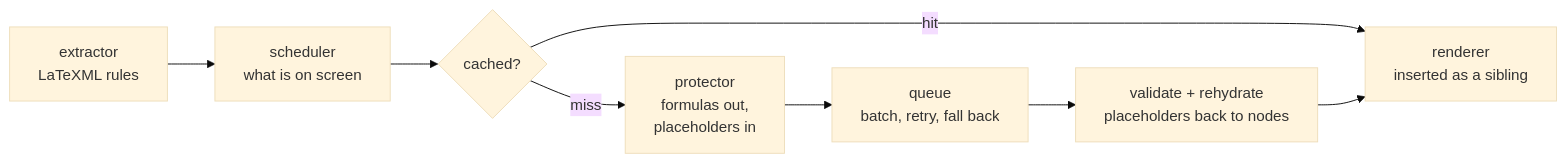
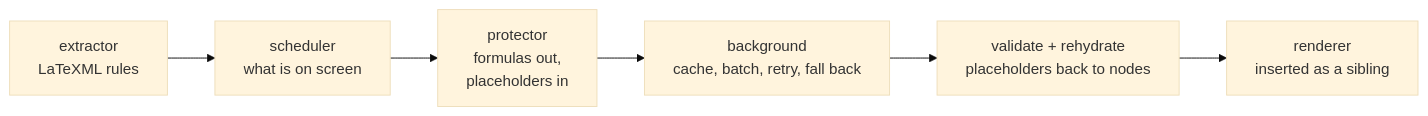
One commit to SRjoeee/ReadarXiv changed the diagram in README.md. Above: the diagram before and after it, drawn with Mermaid (base theme). The commit also changed other lines of this file and 4 other files, not shown here.

````diff
--- a/README.md
+++ b/README.md
@@ -137,10 +139,8 @@
 ```mermaid
 flowchart LR
   A["extractor<br/>LaTeXML rules"] --> B["scheduler<br/>what is on screen"]
-  B --> C{"cached?"}
-  C -->|hit| G
-  C -->|miss| D["protector<br/>formulas out,<br/>placeholders in"]
-  D --> E["queue<br/>batch, retry, fall back"]
+  B --> D["protector<br/>formulas out,<br/>placeholders in"]
+  D --> E["background<br/>cache, batch, retry, fall back"]
   E --> F["validate + rehydrate<br/>placeholders back to nodes"]
   F --> G["renderer<br/>inserted as a sibling"]
 ```
````
